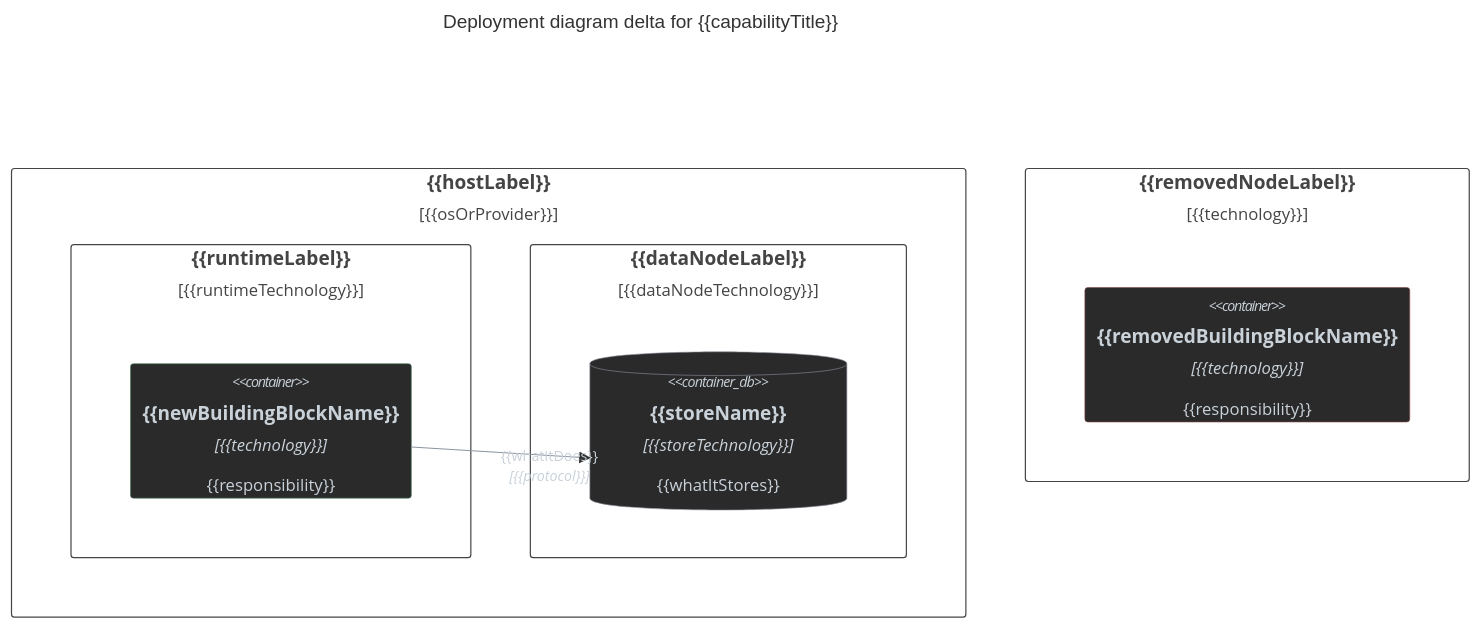
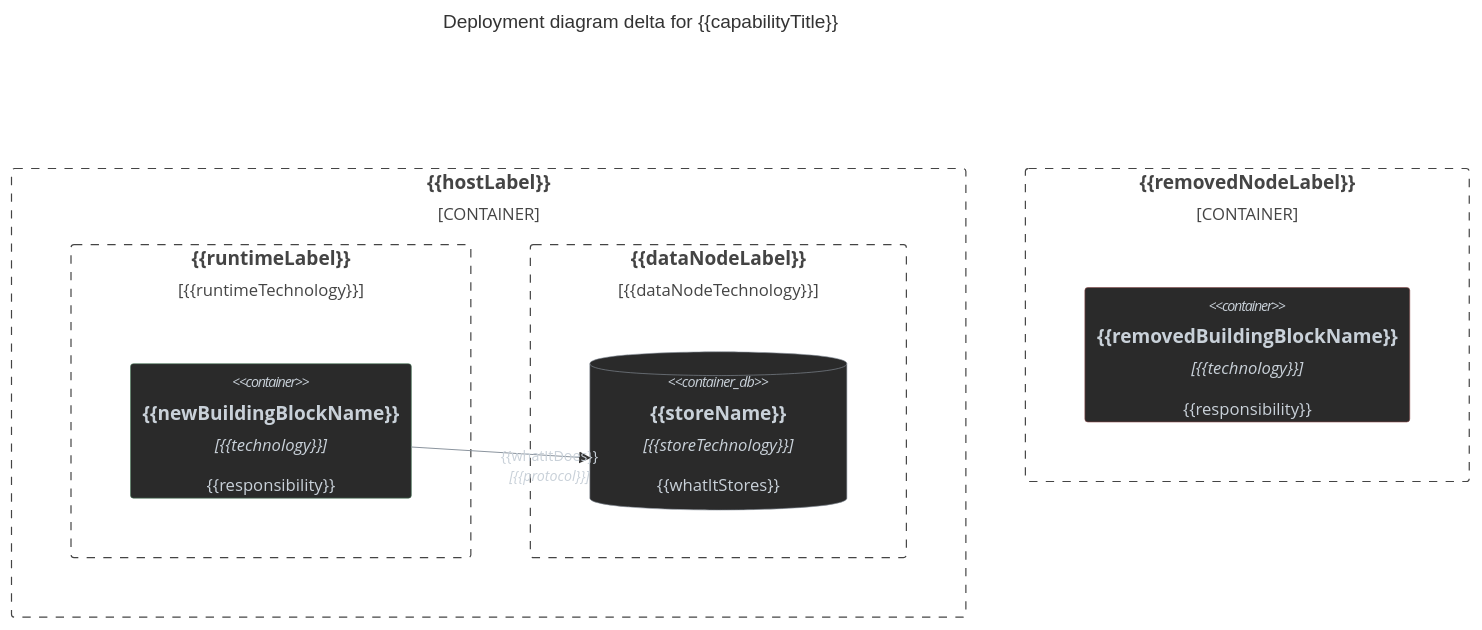
The diagram in plugins/wf/skills/to-behavior-delta/templates/deployment-view-delta-template.md (antshc/brain), drawn with Mermaid before and after one commit. The commit also changed other lines of this file and 1 other file, not shown here.

Commit message:
feat: update class and deployment diagram templates to include namespace grouping and C4Container modeling

````diff
--- a/plugins/wf/skills/to-behavior-delta/templates/deployment-view-delta-template.md
+++ b/plugins/wf/skills/to-behavior-delta/templates/deployment-view-delta-template.md
@@ -29,24 +32,24 @@
 ```mermaid
-C4Deployment
+C4Container
     title Deployment diagram delta for {{capabilityTitle}}
 
-    Deployment_Node({{hostAlias}}, "{{hostLabel}}", "{{osOrProvider}}") {
-        Deployment_Node({{runtimeAlias}}, "{{runtimeLabel}}", "{{runtimeTechnology}}") {
+    Container_Boundary({{hostAlias}}, "{{hostLabel}}") {
+        Boundary({{runtimeAlias}}, "{{runtimeLabel}}", "{{runtimeTechnology}}") {
             Container({{newComponentAlias}}, "{{newBuildingBlockName}}", "{{technology}}", "{{responsibility}}")
         }
-        Deployment_Node({{dataNodeAlias}}, "{{dataNodeLabel}}", "{{dataNodeTechnology}}") {
+        Boundary({{dataNodeAlias}}, "{{dataNodeLabel}}", "{{dataNodeTechnology}}") {
             ContainerDb({{storeAlias}}, "{{storeName}}", "{{storeTechnology}}", "{{whatItStores}}")
         }
     }
 
-    Deployment_Node({{removedNodeAlias}}, "{{removedNodeLabel}}", "{{technology}}") {
+    Container_Boundary({{removedNodeAlias}}, "{{removedNodeLabel}}") {
         Container({{removedComponentAlias}}, "{{removedBuildingBlockName}}", "{{technology}}", "{{responsibility}}")
     }
 
     Rel({{newComponentAlias}}, {{storeAlias}}, "{{whatItDoes}}", "{{protocol}}")
 
     UpdateElementStyle({{newComponentAlias}}, $fontColor="#c9d1d9", $bgColor="#2a2a2a", $borderColor="#4a7a5a")
     UpdateElementStyle({{storeAlias}}, $fontColor="#c9d1d9", $bgColor="#2a2a2a", $borderColor="#8b949e")
     UpdateElementStyle({{removedComponentAlias}}, $fontColor="#c9d1d9", $bgColor="#2a2a2a", $borderColor="#8a4a4a")
     UpdateRelStyle({{newComponentAlias}}, {{storeAlias}}, $textColor="#c9d1d9", $lineColor="#8b949e")
 ```
````
